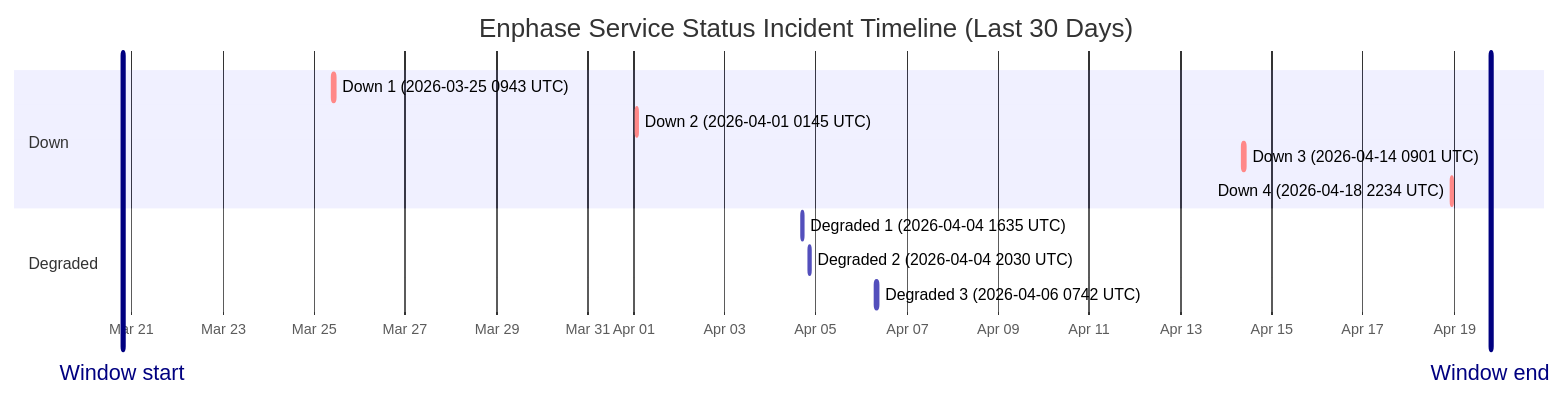
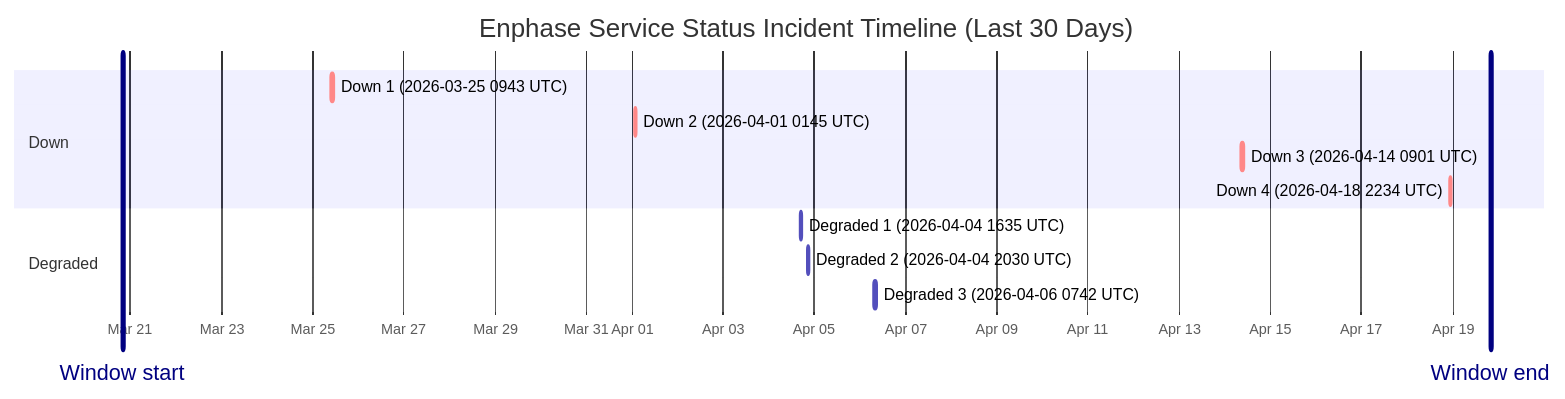
The diagram in wiki/Service-Status-History.md (barneyonline/ha-enphase-ev-charger), drawn with Mermaid before and after one commit. The commit also changed other lines of this file and 3 other files, not shown here.

````diff
--- a/wiki/Service-Status-History.md
+++ b/wiki/Service-Status-History.md
@@ -14,17 +14,17 @@
 ```mermaid
 gantt
     title Enphase Service Status Incident Timeline (Last 30 Days)
     dateFormat  YYYY-MM-DDTHH:mm:ss
     axisFormat  %b %d
-    Window start :vert, window-start, 2026-03-20T19:13:37, 0ms
-    Window end :vert, window-end, 2026-04-19T19:13:37, 0ms
+    Window start :vert, window-start, 2026-03-20T19:59:18, 0ms
+    Window end :vert, window-end, 2026-04-19T19:59:18, 0ms
     section Down
     Down 1 (2026-03-25 0943 UTC) :crit, down-1, 2026-03-25T09:43:28, 111m
     Down 2 (2026-04-01 0145 UTC) :crit, down-2, 2026-04-01T01:45:09, 60m
     Down 3 (2026-04-14 0901 UTC) :crit, down-3, 2026-04-14T09:01:13, 60m
     Down 4 (2026-04-18 2234 UTC) :crit, down-4, 2026-04-18T22:34:13, 60m
     section Degraded
     Degraded 1 (2026-04-04 1635 UTC) :active, degraded-1, 2026-04-04T16:35:17, 60m
     Degraded 2 (2026-04-04 2030 UTC) :active, degraded-2, 2026-04-04T20:30:40, 60m
     Degraded 3 (2026-04-06 0742 UTC) :active, degraded-3, 2026-04-06T07:42:09, 85m
 ```
````
